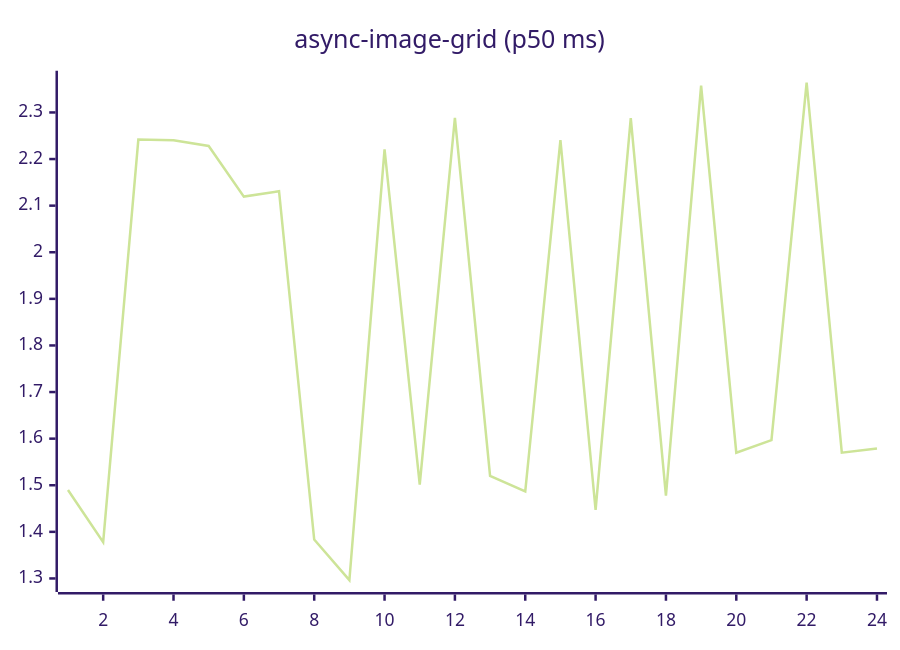
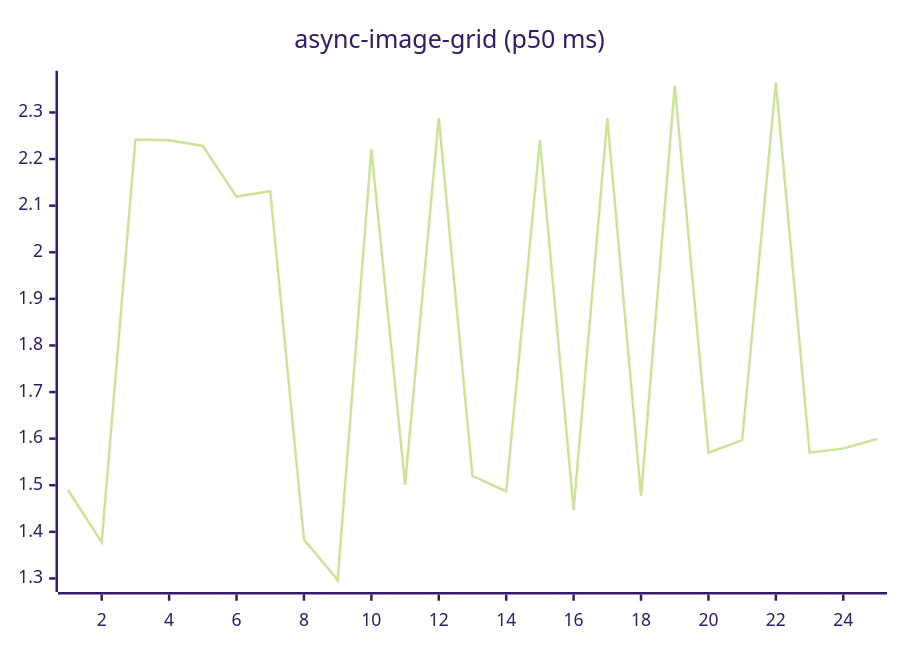
One commit to josha/Facet changed the fifth of 27 diagrams in README.md. Above: the diagram before and after it, drawn with Mermaid (forest theme). The commit also changed other lines of this file and 2 other files, not shown here.

````diff
--- a/README.md
+++ b/README.md
@@ -91,6 +91,6 @@
 ```mermaid
 xychart-beta
     title "async-image-grid (p50 ms)"
-    x-axis 1 --> 24
-    line [1.4898, 1.3778, 2.2419, 2.2404, 2.2280, 2.1194, 2.1310, 1.3834, 1.2964, 2.2208, 1.5015, 2.2886, 1.5200, 1.4868, 2.2404, 1.4470, 2.2880, 1.4779, 2.3575, 1.5699, 1.5969, 2.3640, 1.5700, 1.5790]
+    x-axis 1 --> 25
+    line [1.4898, 1.3778, 2.2419, 2.2404, 2.2280, 2.1194, 2.1310, 1.3834, 1.2964, 2.2208, 1.5015, 2.2886, 1.5200, 1.4868, 2.2404, 1.4470, 2.2880, 1.4779, 2.3575, 1.5699, 1.5969, 2.3640, 1.5700, 1.5790, 1.5994]
 ```
````
